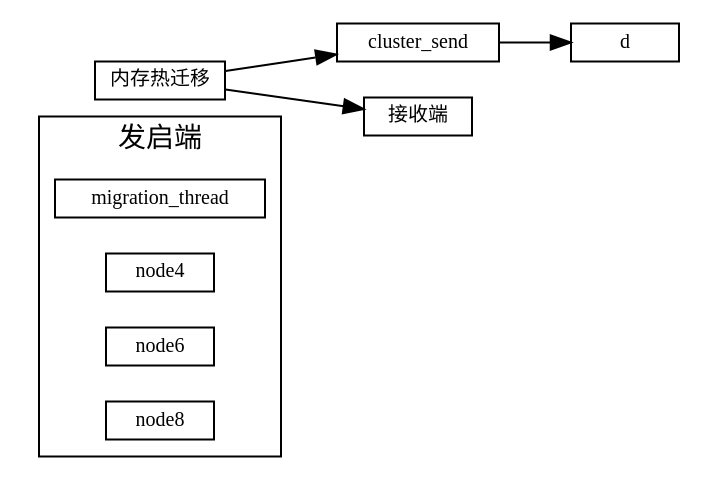
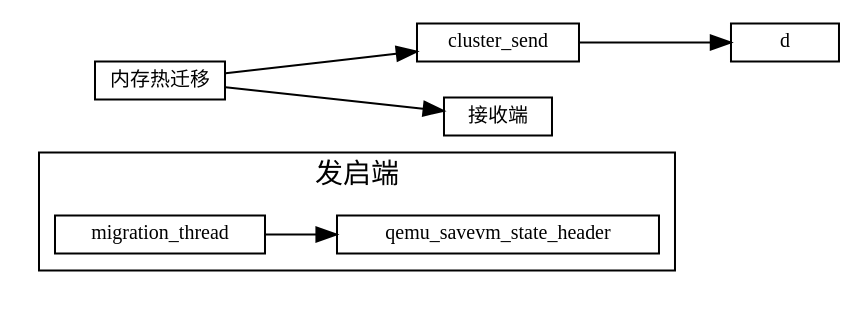
One commit to sisyphus1212/note changed the diagram in 虚拟化/热迁移/1-内存热迁移.md. Above: the diagram before and after it, drawn with Graphviz.

Commit message:
auto_update

````diff
--- a/虚拟化/热迁移/1-内存热迁移.md
+++ b/虚拟化/热迁移/1-内存热迁移.md
@@ -11,21 +11,21 @@
 ```graphviz
 digraph 热迁移 {
 fontname="Helvetica,Arial,sans-serif"
 //node [fontname="Helvetica,Arial,sans-serif"]
 edge [fontname="Helvetica,Arial,sans-serif"]
 rankdir="LR"
 node [fontsize=10, shape=box, height=0.25]
 edge [fontsize=10]
 
   subgraph cluster_send {
     label="发启端";
-    migration_thread; node4; node6; node8;
+    migration_thread -> qemu_savevm_state_header
   }
 
 内存热迁移 [label="内存热迁移"]
 内存热迁移 -> cluster_send
            -> d
 
 内存热迁移 -> 接收端
 }
 ```
````
